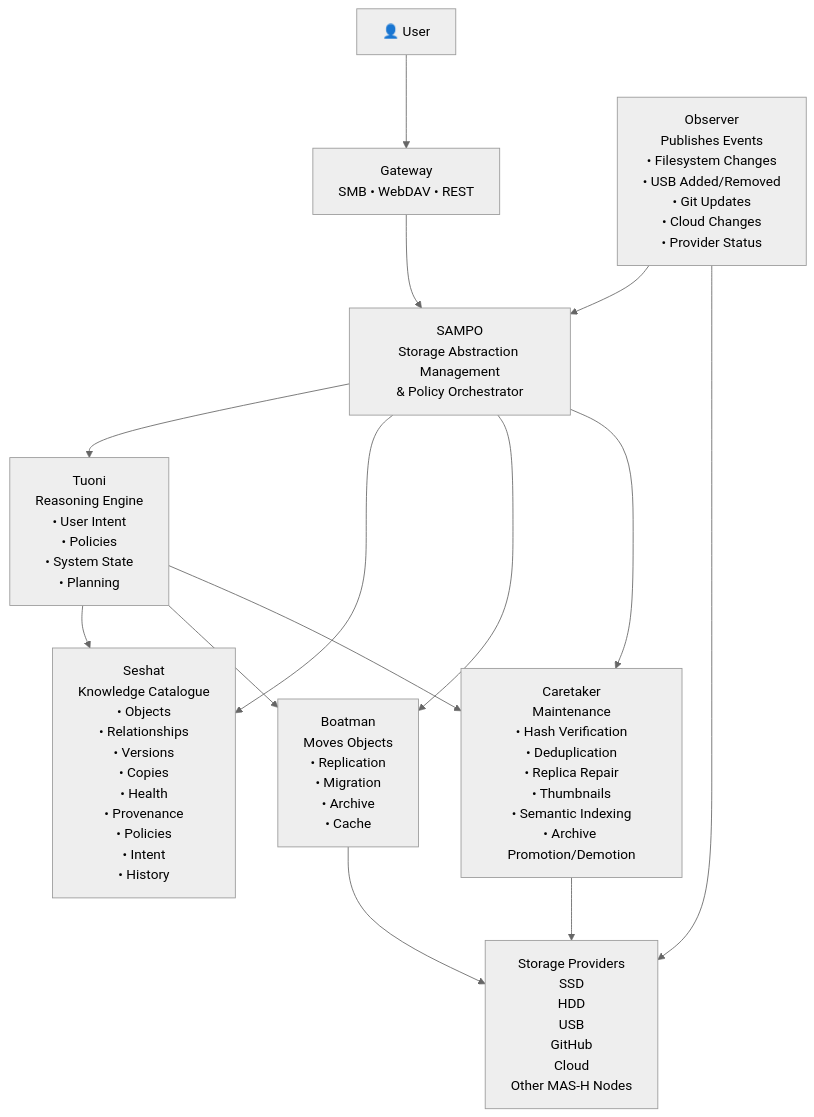
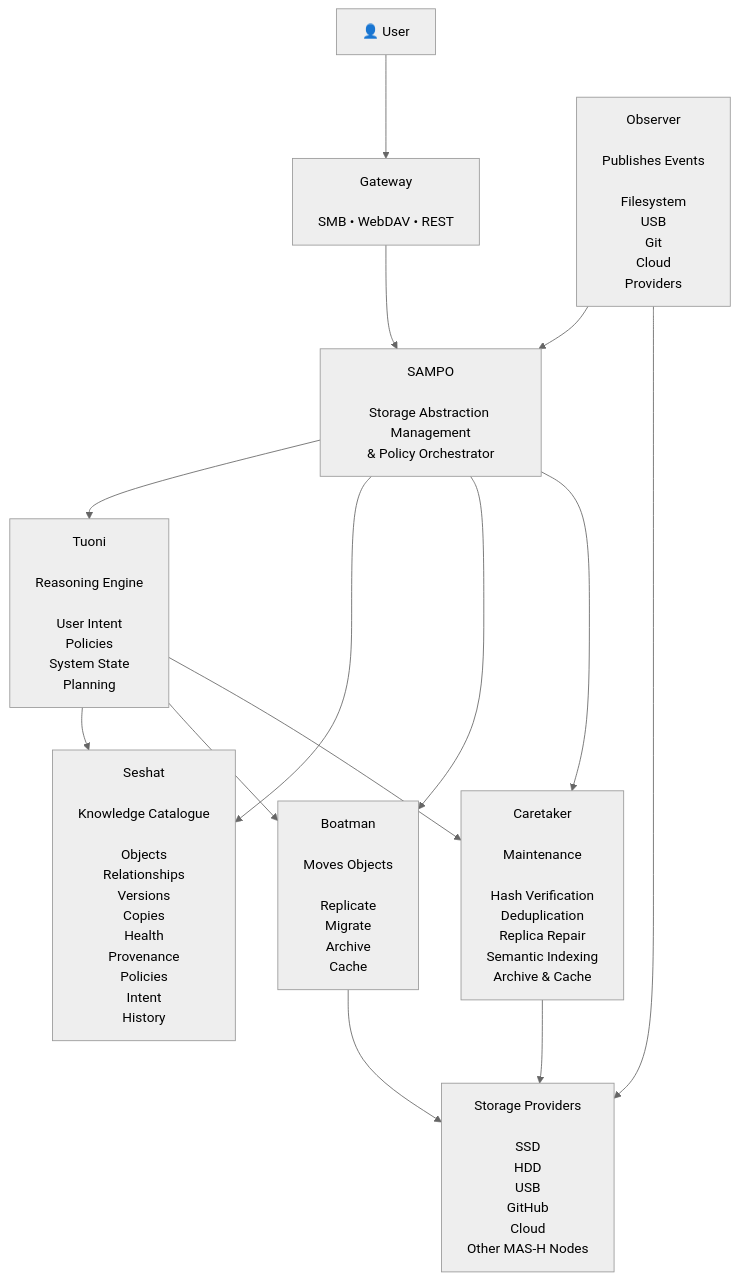
The diagram in README.md (R2Pitou/Mas-h), drawn with Mermaid (neutral theme) before and after one commit.

````diff
--- a/README.md
+++ b/README.md
@@ -38,22 +38,83 @@
 ```mermaid
 flowchart TB
+
     User["👤 User"]
 
-    Gateway["Gateway\nSMB • WebDAV • REST"]
-    SAMPO["SAMPO\nStorage Abstraction Management\n& Policy Orchestrator"]
+    Gateway["Gateway
 
-    Tuoni["Tuoni\nReasoning Engine\n• User Intent\n• Policies\n• System State\n• Planning"]
-    Seshat["Seshat\nKnowledge Catalogue\n• Objects\n• Relationships\n• Versions\n• Copies\n• Health\n• Provenance\n• Policies\n• Intent\n• History"]
-    Boatman["Boatman\nMoves Objects\n• Replication\n• Migration\n• Archive\n• Cache"]
-    Observer["Observer\nPublishes Events\n• Filesystem Changes\n• USB Added/Removed\n• Git Updates\n• Cloud Changes\n• Provider Status"]
-    Caretaker["Caretaker\nMaintenance\n• Hash Verification\n• Deduplication\n• Replica Repair\n• Thumbnails\n• Semantic Indexing\n• Archive Promotion/Demotion"]
+SMB • WebDAV • REST"]
 
-    Storage["Storage Providers\nSSD\nHDD\nUSB\nGitHub\nCloud\nOther MAS-H Nodes"]
+    SAMPO["SAMPO
+
+Storage Abstraction Management
+& Policy Orchestrator"]
+
+    Tuoni["Tuoni
+
+Reasoning Engine
+
+User Intent
+Policies
+System State
+Planning"]
+
+    Seshat["Seshat
+
+Knowledge Catalogue
+
+Objects
+Relationships
+Versions
+Copies
+Health
+Provenance
+Policies
+Intent
+History"]
+
+    Boatman["Boatman
+
+Moves Objects
+
+Replicate
+Migrate
+Archive
+Cache"]
+
+    Observer["Observer
+
+Publishes Events
+
+Filesystem
+USB
+Git
+Cloud
+Providers"]
+
+    Caretaker["Caretaker
+
+Maintenance
+
+Hash Verification
+Deduplication
+Replica Repair
+Semantic Indexing
+Archive & Cache"]
+
+    Storage["Storage Providers
+
+SSD
+HDD
+USB
+GitHub
+Cloud
+Other MAS-H Nodes"]
 
     User --> Gateway
     Gateway --> SAMPO
 
     Observer --> SAMPO
+    Observer --> Storage
 
     SAMPO --> Tuoni
     SAMPO --> Seshat
@@ -65,6 +126,5 @@
     Tuoni --> Caretaker
 
     Boatman --> Storage
-    Observer --> Storage
     Caretaker --> Storage
 ```
````
